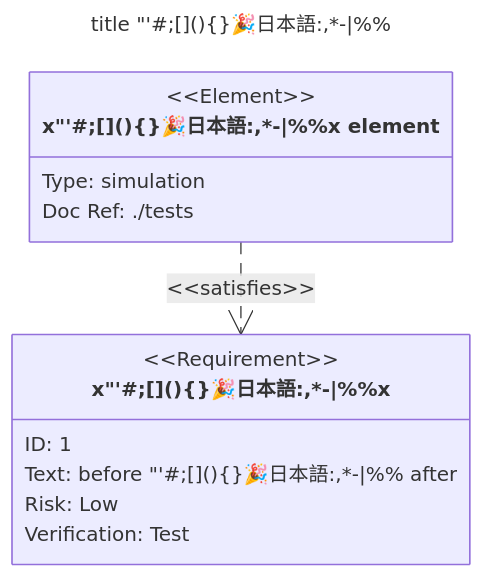
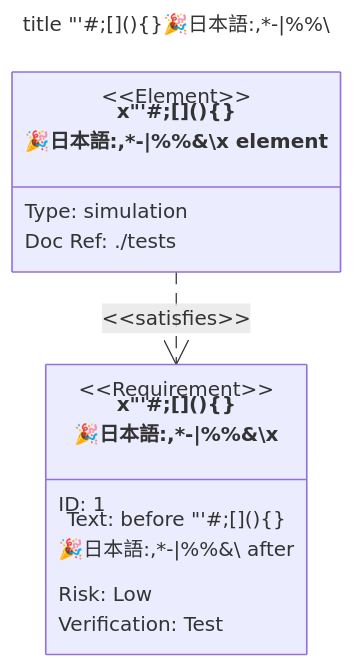
Before and after one commit to nao1215/markdown: the diagram in doc/edgecase/requirement.md, drawn with Mermaid. The commit also changed 18 other files, not shown here.

First line of the commit message:
test(edgecase): put every character through every diagram type (#172)

````diff
--- a/doc/edgecase/requirement.md
+++ b/doc/edgecase/requirement.md
@@ -5,17 +5,17 @@
 ```mermaid
 ---
-title: "title \"'#;[](){}🎉日本語:,*-|%%"
+title: "title \"'#;[](){}🎉日本語:,*-|%%\\"
 ---
 requirementDiagram
-    requirement "x&quot;'#;[](){}🎉日本語:,*-|%%x" {
+    requirement "x&quot;'#;[](){}<br/>🎉日本語:,*-|%%&#92;x" {
         id: "1"
-        text: "before &quot;'#;[](){}🎉日本語:,*-|%% after"
+        text: "before &quot;'#;[](){}<br/>🎉日本語:,*-|%%&#92; after"
         risk: Low
         verifymethod: Test
     }
-    element "x&quot;'#;[](){}🎉日本語:,*-|%%x element" {
+    element "x&quot;'#;[](){}<br/>🎉日本語:,*-|%%&#92;x element" {
         type: "simulation"
         docRef: "./tests"
     }
-    "x&quot;'#;[](){}🎉日本語:,*-|%%x element" - satisfies -> "x&quot;'#;[](){}🎉日本語:,*-|%%x"
+    "x&quot;'#;[](){}<br/>🎉日本語:,*-|%%&#92;x element" - satisfies -> "x&quot;'#;[](){}<br/>🎉日本語:,*-|%%&#92;x"
 ```
````
